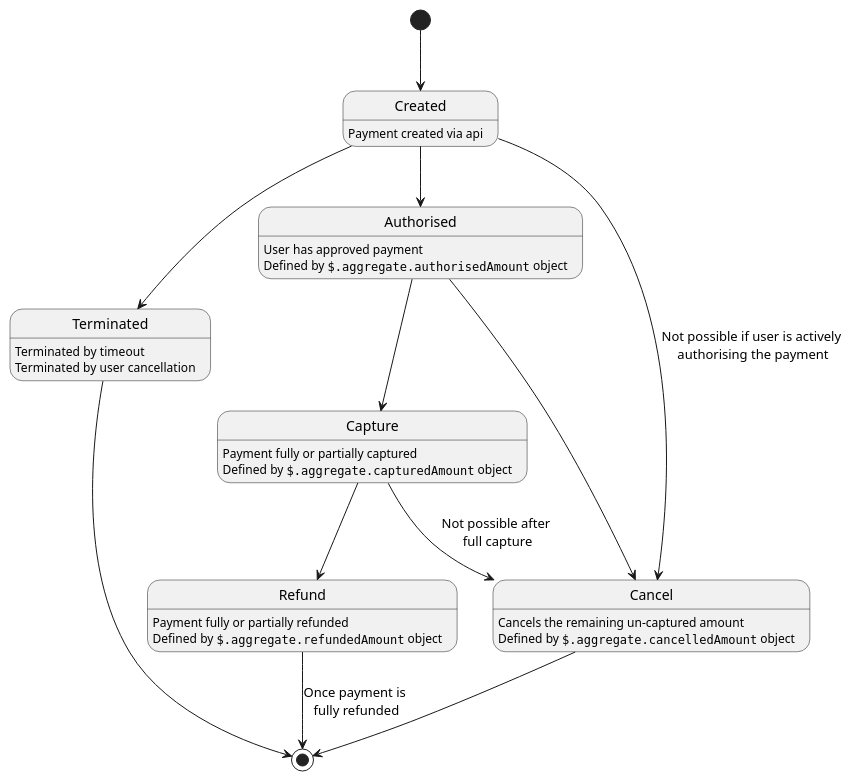
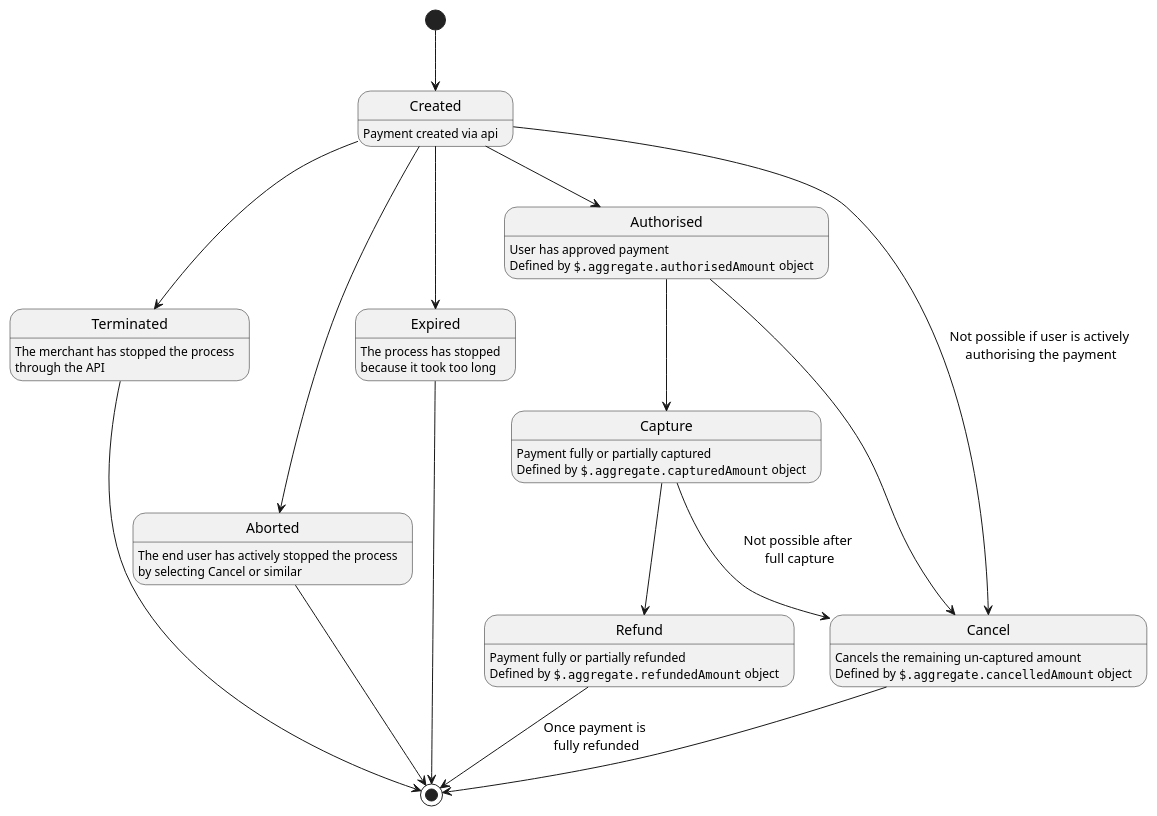
One commit to vippsas/vipps-epayment-api changed the diagram in docs/diagrams/payment-modification.plantuml. Above: the diagram before and after it, drawn with PlantUML. The commit also changed 1 other file, not shown here.

Commit message:
Introduce EXPIRED, ABORTED states and update documentation

```diff
--- a/docs/diagrams/payment-modification.plantuml
+++ b/docs/diagrams/payment-modification.plantuml
@@ -1,25 +1,33 @@
 @startuml
 hide empty description
 [*] --> Created
 Created : Payment created via api
 Created --> Terminated
-Terminated : Terminated by timeout
-Terminated : Terminated by user cancellation
+Terminated : The merchant has stopped the process 
+Terminated: through the API
 Terminated --> [*]
+Created --> Aborted
+Aborted : The end user has actively stopped the process
+Aborted: by selecting Cancel or similar
+Aborted --> [*]
+Created --> Expired
+Expired : The process has stopped 
+Expired: because it took too long
+Expired --> [*]
 Created --> Authorised
 Authorised : User has approved payment
 Authorised : Defined by ""$.aggregate.authorisedAmount"" object
 Authorised --> Capture
 Capture : Payment fully or partially captured
 Capture : Defined by ""$.aggregate.capturedAmount"" object
 Capture --> Refund
 Refund : Payment fully or partially refunded
 Refund : Defined by ""$.aggregate.refundedAmount"" object
 Refund --> [*] : Once payment is \nfully refunded
 Created --> Cancel : Not possible if user is actively \nauthorising the payment
 Authorised --> Cancel 
 Capture --> Cancel : Not possible after \nfull capture
 Cancel : Cancels the remaining un-captured amount
 Cancel : Defined by ""$.aggregate.cancelledAmount"" object
 Cancel --> [*]
 @enduml
```
